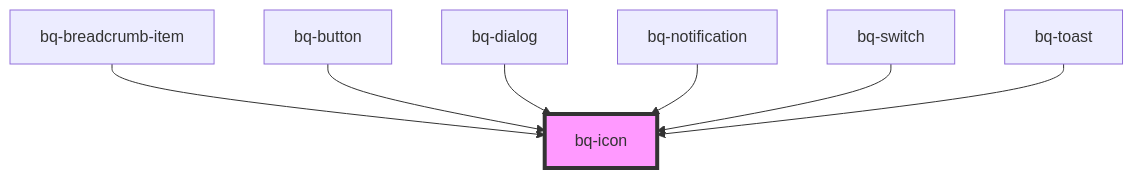
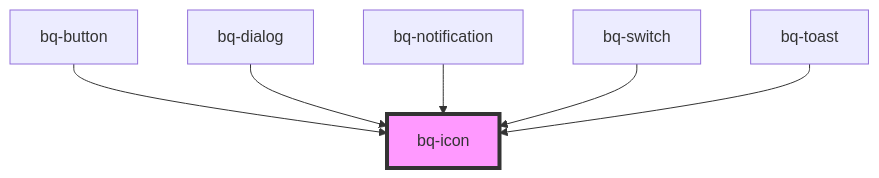
The diagram in packages/bee-q/src/components/icon/readme.md (Endava/BEEQ), drawn with Mermaid before and after one commit. The commit also changed other lines of this file and 6 other files, not shown here.

````diff
--- a/packages/bee-q/src/components/icon/readme.md
+++ b/packages/bee-q/src/components/icon/readme.md
@@ -47,10 +46,9 @@
 ```mermaid
 graph TD;
-  bq-breadcrumb-item --> bq-icon
   bq-button --> bq-icon
   bq-dialog --> bq-icon
   bq-notification --> bq-icon
   bq-switch --> bq-icon
   bq-toast --> bq-icon
   style bq-icon fill:#f9f,stroke:#333,stroke-width:4px
 ```
````
